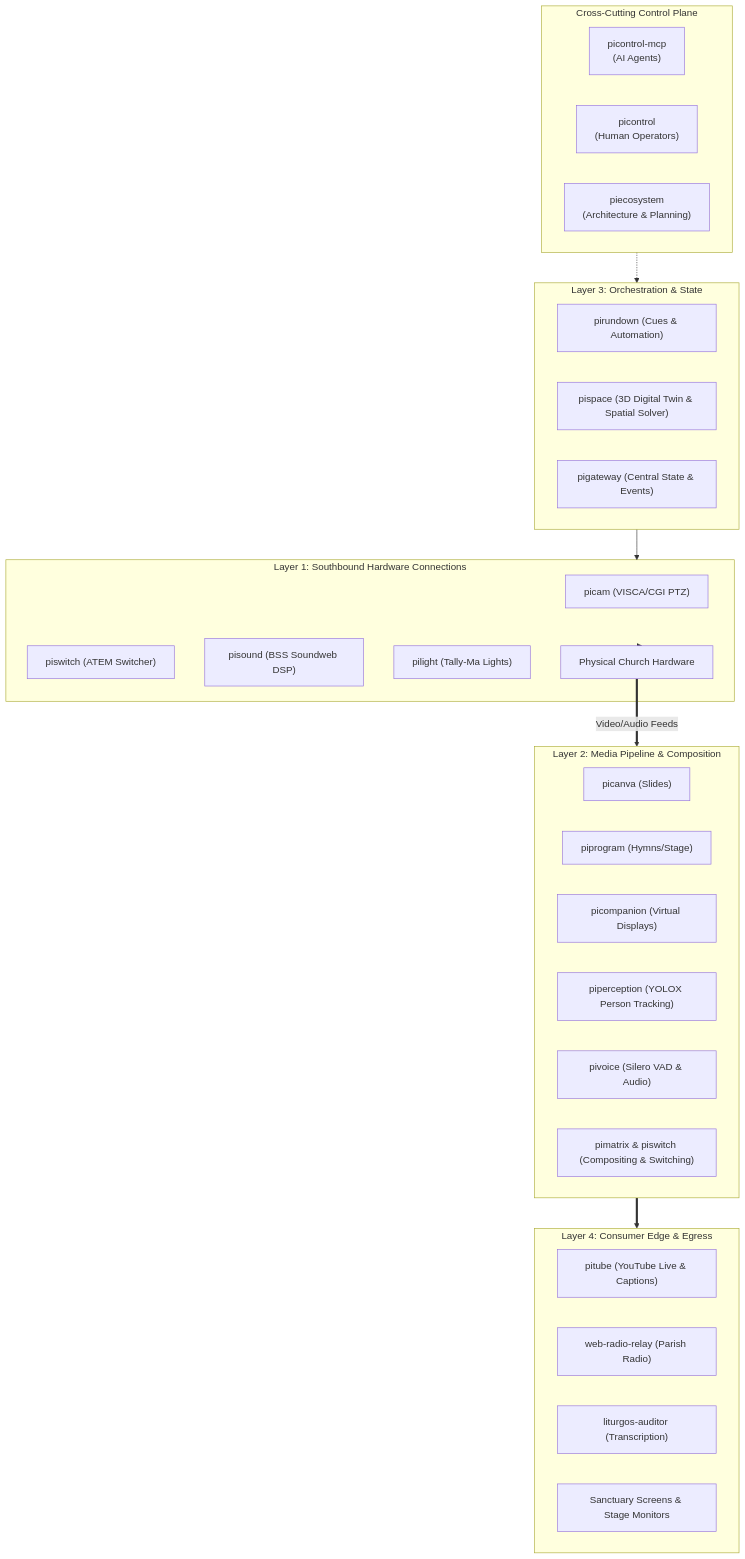
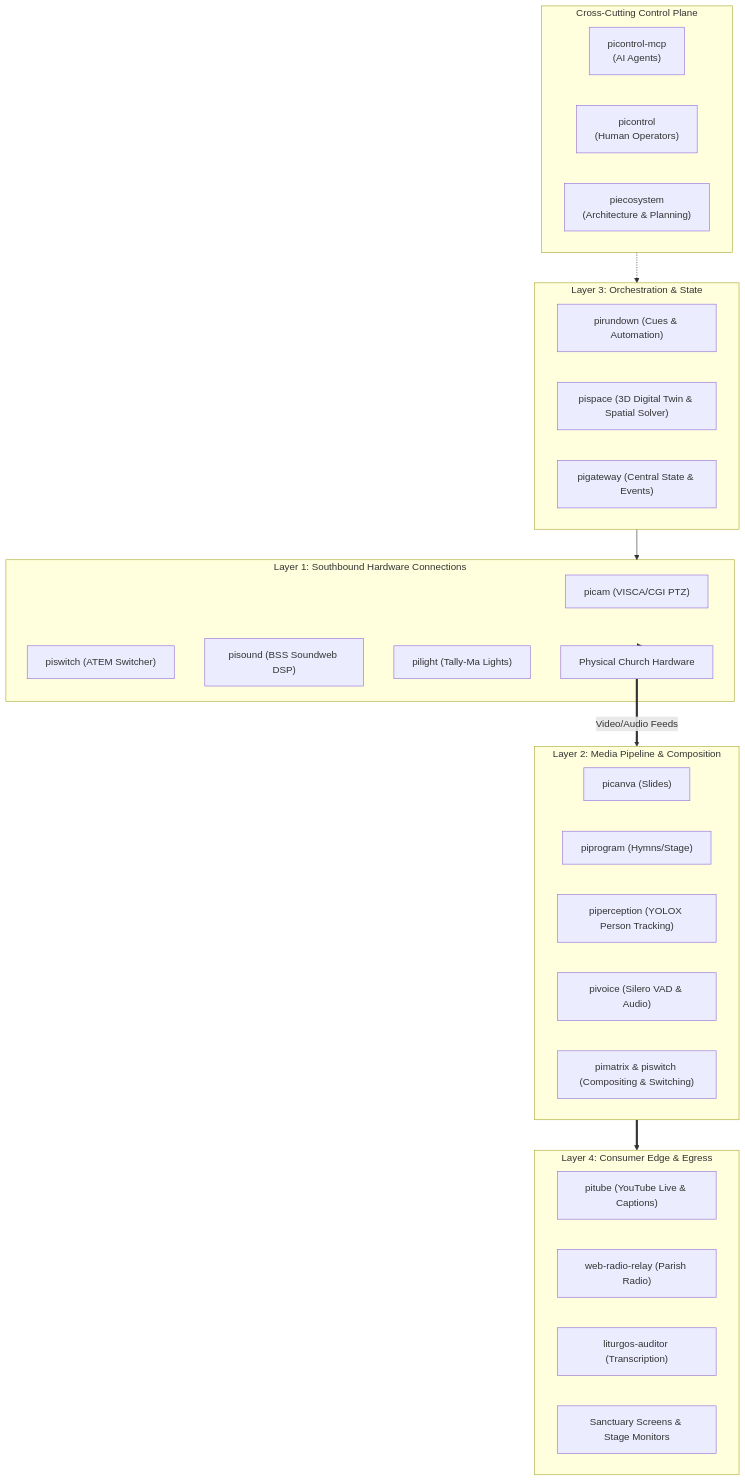
Before and after one commit to jsilvanus/piecosystem: the diagram in README.md, drawn with Mermaid. The commit also changed other lines of this file and 8 other files, not shown here.

First line of the commit message:
Rename picompanion to virtual-screen-streamer and add seam category

````diff
--- a/README.md
+++ b/README.md
@@ -11,44 +11,43 @@
 ```mermaid
 graph TD
     subgraph CP["Cross-Cutting Control Plane"]
         MCP["picontrol-mcp<br/>(AI Agents)"]
         UI["picontrol<br/>(Human Operators)"]
         ECO["piecosystem<br/>(Architecture & Planning)"]
     end
 
     subgraph L3["Layer 3: Orchestration & State"]
         RUNDOWN["pirundown (Cues & Automation)"]
         SPACE["pispace (3D Digital Twin & Spatial Solver)"]
         GATEWAY["pigateway (Central State & Events)"]
     end
 
     subgraph L2["Layer 2: Media Pipeline & Composition"]
         CANVA["picanva (Slides)"]
         PGM["piprogram (Hymns/Stage)"]
-        COMPANION["picompanion (Virtual Displays)"]
         PERCEPTION["piperception (YOLOX Person Tracking)"]
         VOICE["pivoice (Silero VAD & Audio)"]
         MATRIX["pimatrix & piswitch (Compositing & Switching)"]
     end
 
     subgraph L1["Layer 1: Southbound Hardware Connections"]
         PICAM["picam (VISCA/CGI PTZ)"]
         PISWITCH["piswitch (ATEM Switcher)"]
         PISOUND["pisound (BSS Soundweb DSP)"]
         PILIGHT["pilight (Tally-Ma Lights)"]
         HW["Physical Church Hardware"]
     end
 
     subgraph L4["Layer 4: Consumer Edge & Egress"]
         YT["pitube (YouTube Live & Captions)"]
         RADIO["web-radio-relay (Parish Radio)"]
         AUDITOR["liturgos-auditor (Transcription)"]
         DISPLAYS["Sanctuary Screens & Stage Monitors"]
     end
 
     CP -.-> L3
     L3 --> L1
     L1 --> HW
     HW ==>|Video/Audio Feeds| L2
     L2 ==> L4
 ```
````
